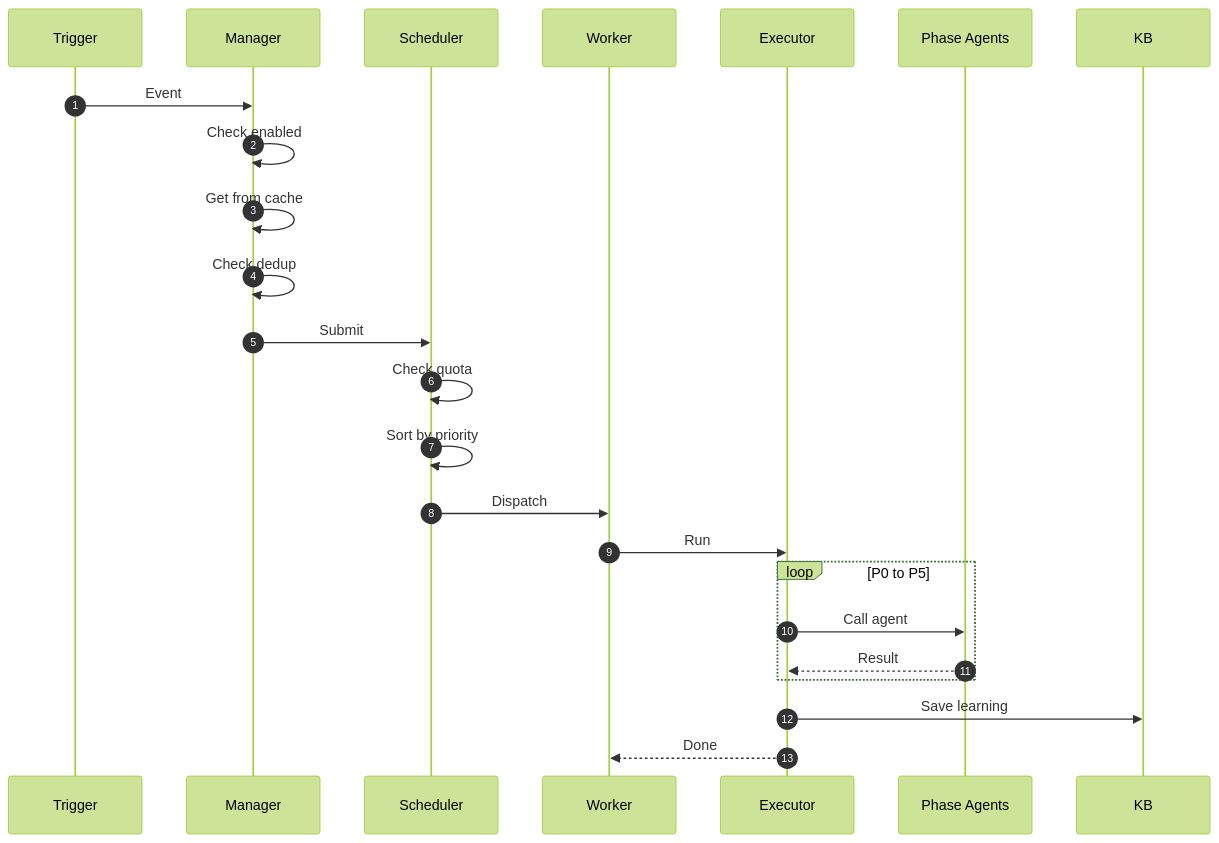
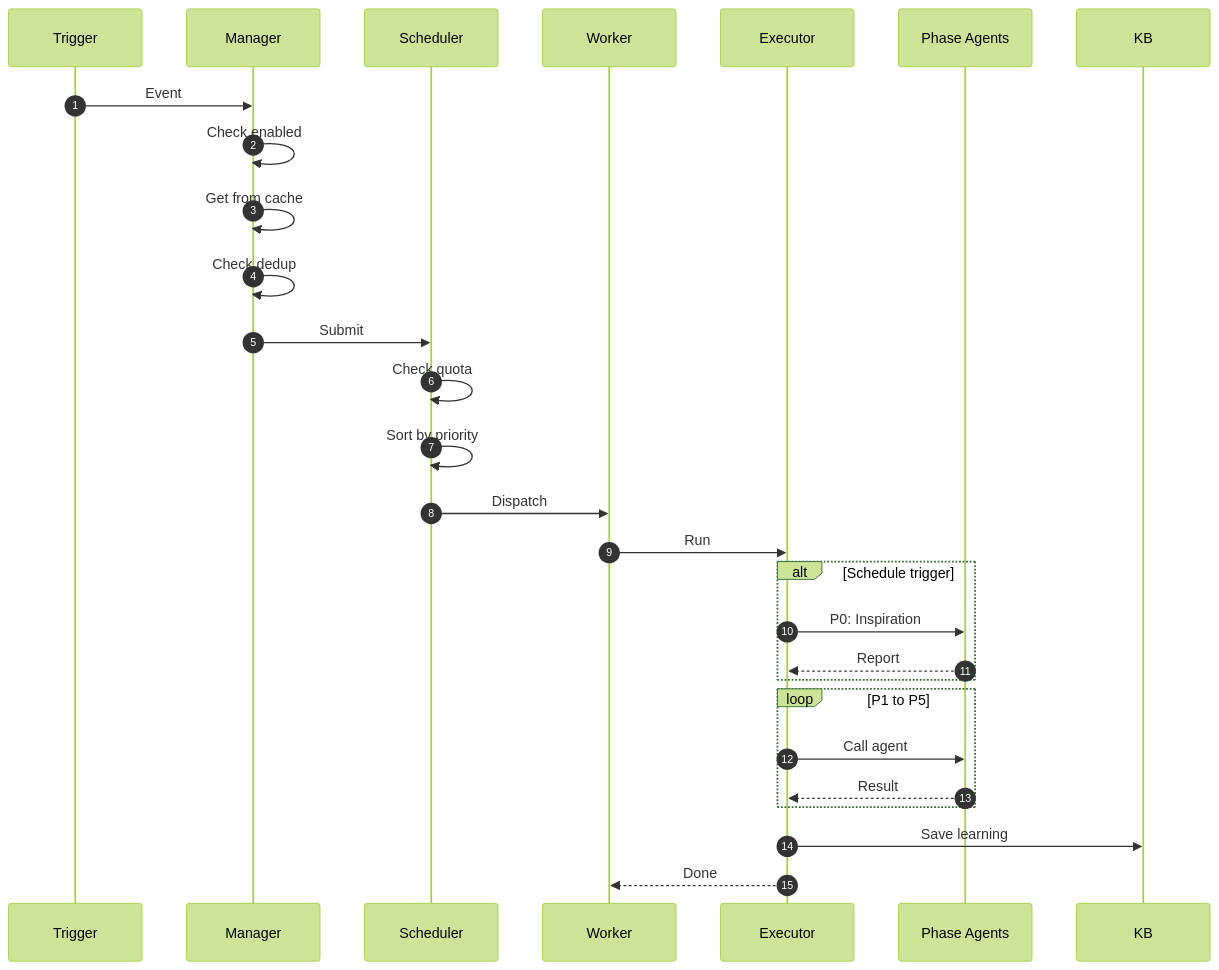
The second of 5 diagrams in agent/autonomous/DESIGN.md (YaoApp/yao), drawn with Mermaid (forest theme) before and after one commit. The commit also changed other lines of this file, not shown here.

First line of the commit message:
Update Autonomous Agent Design Document to Clarify Execution Flow and Trigger Handling

````diff
--- a/agent/autonomous/DESIGN.md
+++ b/agent/autonomous/DESIGN.md
@@ -114,31 +116,36 @@
 ```mermaid
 sequenceDiagram
     autonumber
     participant T as Trigger
     participant M as Manager
     participant S as Scheduler
     participant W as Worker
     participant E as Executor
     participant A as Phase Agents
     participant KB as KB
 
     T->>M: Event
     M->>M: Check enabled
     M->>M: Get from cache
     M->>M: Check dedup
     M->>S: Submit
 
     S->>S: Check quota
     S->>S: Sort by priority
     S->>W: Dispatch
 
     W->>E: Run
 
-    loop P0 to P5
+    alt Schedule trigger
+        E->>A: P0: Inspiration
+        A-->>E: Report
+    end
+
+    loop P1 to P5
         E->>A: Call agent
         A-->>E: Result
     end
 
     E->>KB: Save learning
     E-->>W: Done
 ```
````
